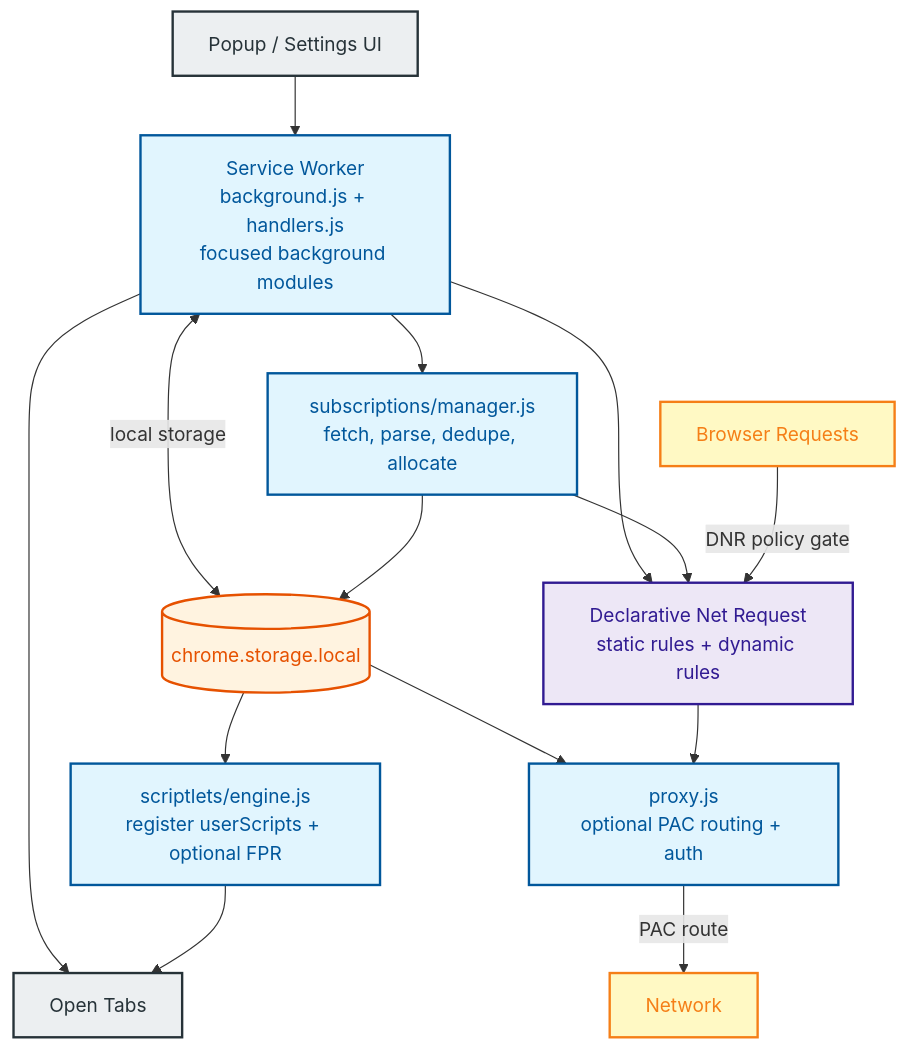
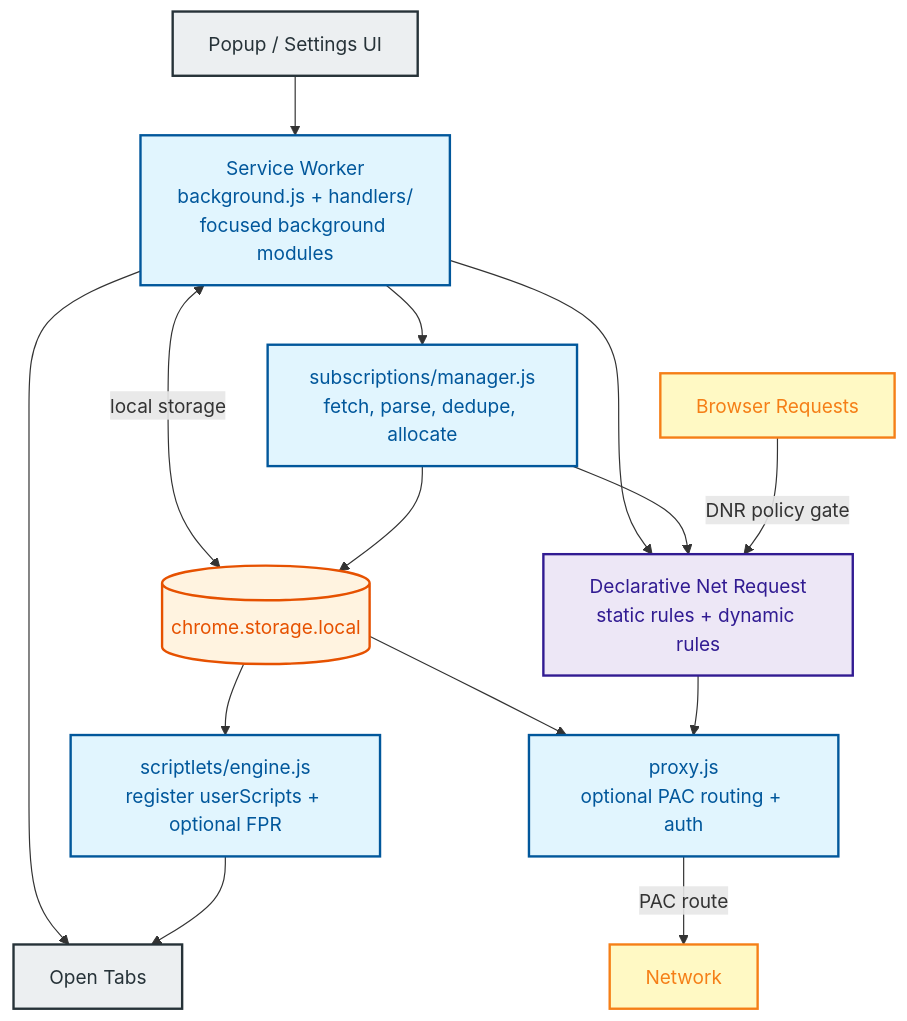
The second of 2 diagrams in docs/ARCHITECTURE.md (Dabrogost/Chroma-Ad-Blocker), drawn with Mermaid before and after one commit. The commit also changed other lines of this file and 16 other files, not shown here.

Commit message:
refactor(background): split handlers into domain modules

````diff
--- a/docs/ARCHITECTURE.md
+++ b/docs/ARCHITECTURE.md
@@ -54,35 +54,35 @@
 ```mermaid
 graph TD
     classDef sw fill:#e1f5fe,color:#01579b,stroke:#01579b,stroke-width:2px
     classDef storage fill:#fff3e0,color:#e65100,stroke:#e65100,stroke-width:2px
     classDef dnr fill:#ede7f6,color:#311b92,stroke:#311b92,stroke-width:2px
     classDef browser fill:#fff9c4,color:#f57f17,stroke:#f57f17,stroke-width:2px
     classDef actor fill:#eceff1,color:#263238,stroke:#263238,stroke-width:2px
 
     UI["Popup / Settings UI"]:::actor
-    SW["Service Worker<br/>background.js + handlers.js<br/>focused background modules"]:::sw
+    SW["Service Worker<br/>background.js + handlers/<br/>focused background modules"]:::sw
     STORE[("chrome.storage.local")]:::storage
     SUBS["subscriptions/manager.js<br/>fetch, parse, dedupe, allocate"]:::sw
     SCRIPTS["scriptlets/engine.js<br/>register userScripts + optional FPR"]:::sw
     DNR["Declarative Net Request<br/>static rules + dynamic rules"]:::dnr
     PROXY["proxy.js<br/>optional PAC routing + auth"]:::sw
     REQ["Browser Requests"]:::browser
     NET["Network"]:::browser
     TABS["Open Tabs"]:::actor
 
     UI --> SW
     SW <-->|"local storage"| STORE
     SW --> TABS
     SW --> DNR
 
     SW --> SUBS
     SUBS --> DNR
     SUBS --> STORE
     STORE --> SCRIPTS
     SCRIPTS --> TABS
 
     STORE --> PROXY
     REQ -->|"DNR policy gate"| DNR
     DNR --> PROXY
     PROXY -->|"PAC route"| NET
 ```
````
